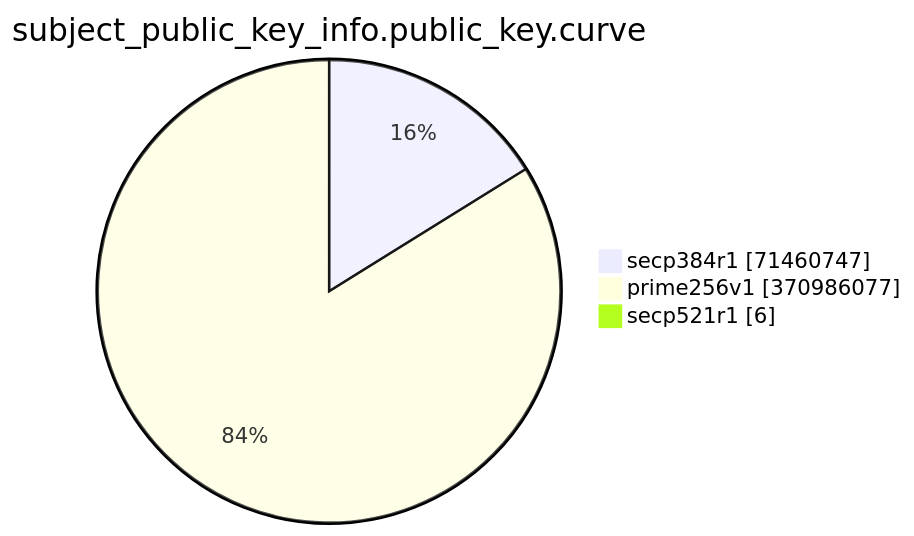
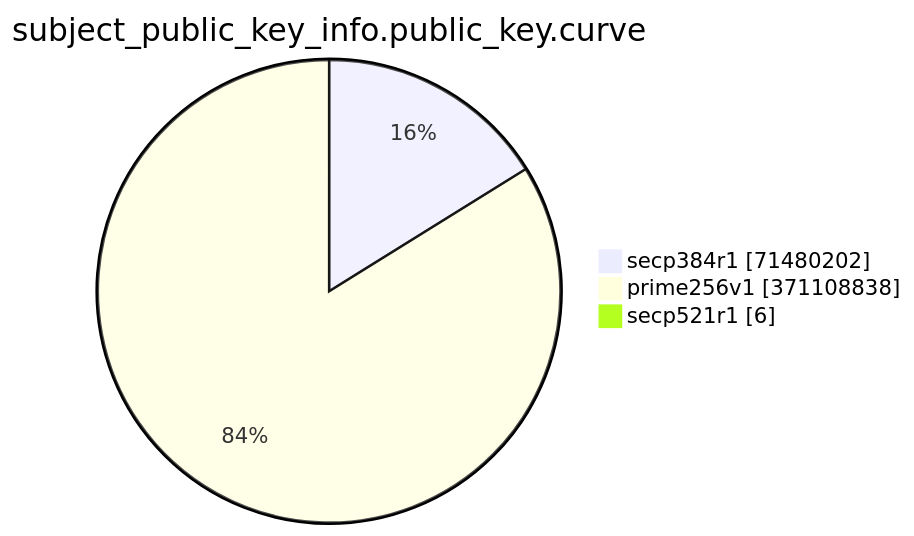
The eighth of 15 diagrams in TOTAL/README.md (christiankrug/ctmonitor_visualization), drawn with Mermaid before and after one commit. The commit also changed other lines of this file, not shown here.

````diff
--- a/TOTAL/README.md
+++ b/TOTAL/README.md
@@ -3094,7 +3094,7 @@
 ```mermaid
 pie showData
 title subject_public_key_info.public_key.curve
-"secp384r1" :71460747
-"prime256v1" :370986077
+"secp384r1" :71480202
+"prime256v1" :371108838
 "secp521r1" :6
 ```
````
